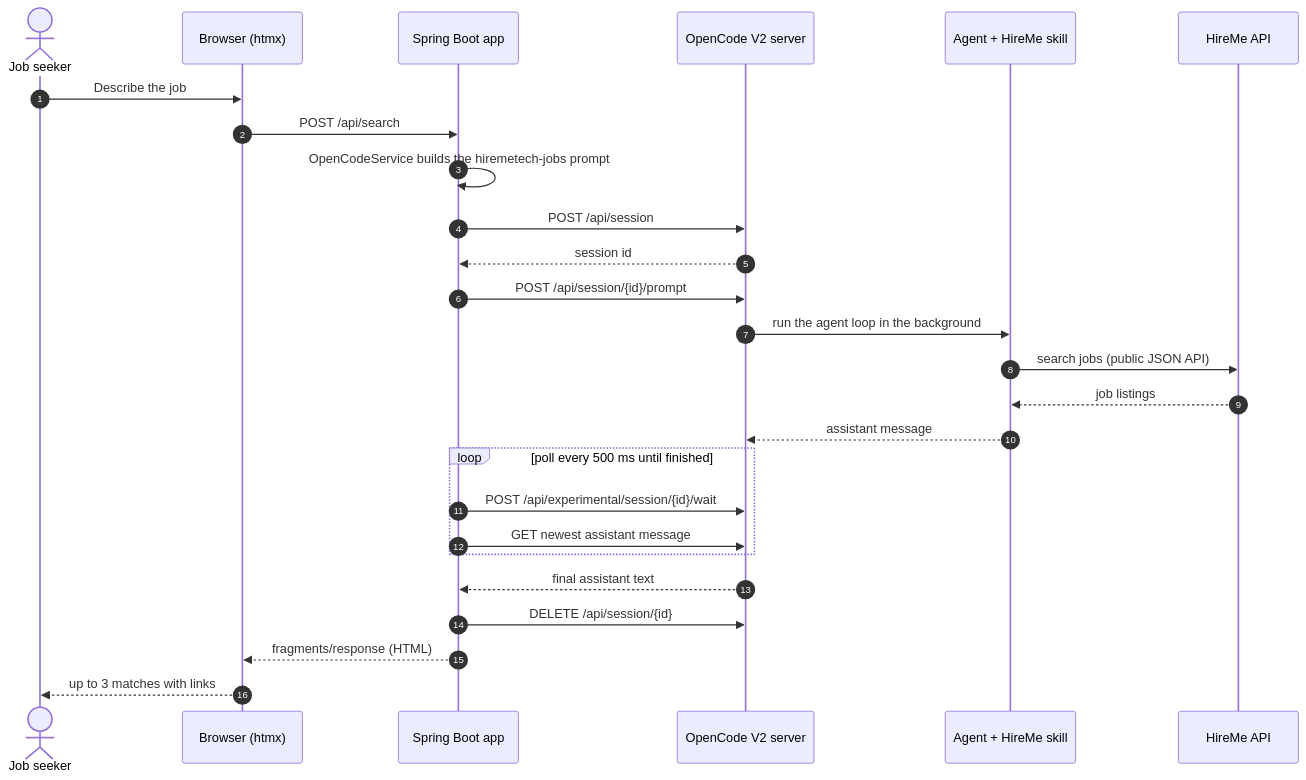
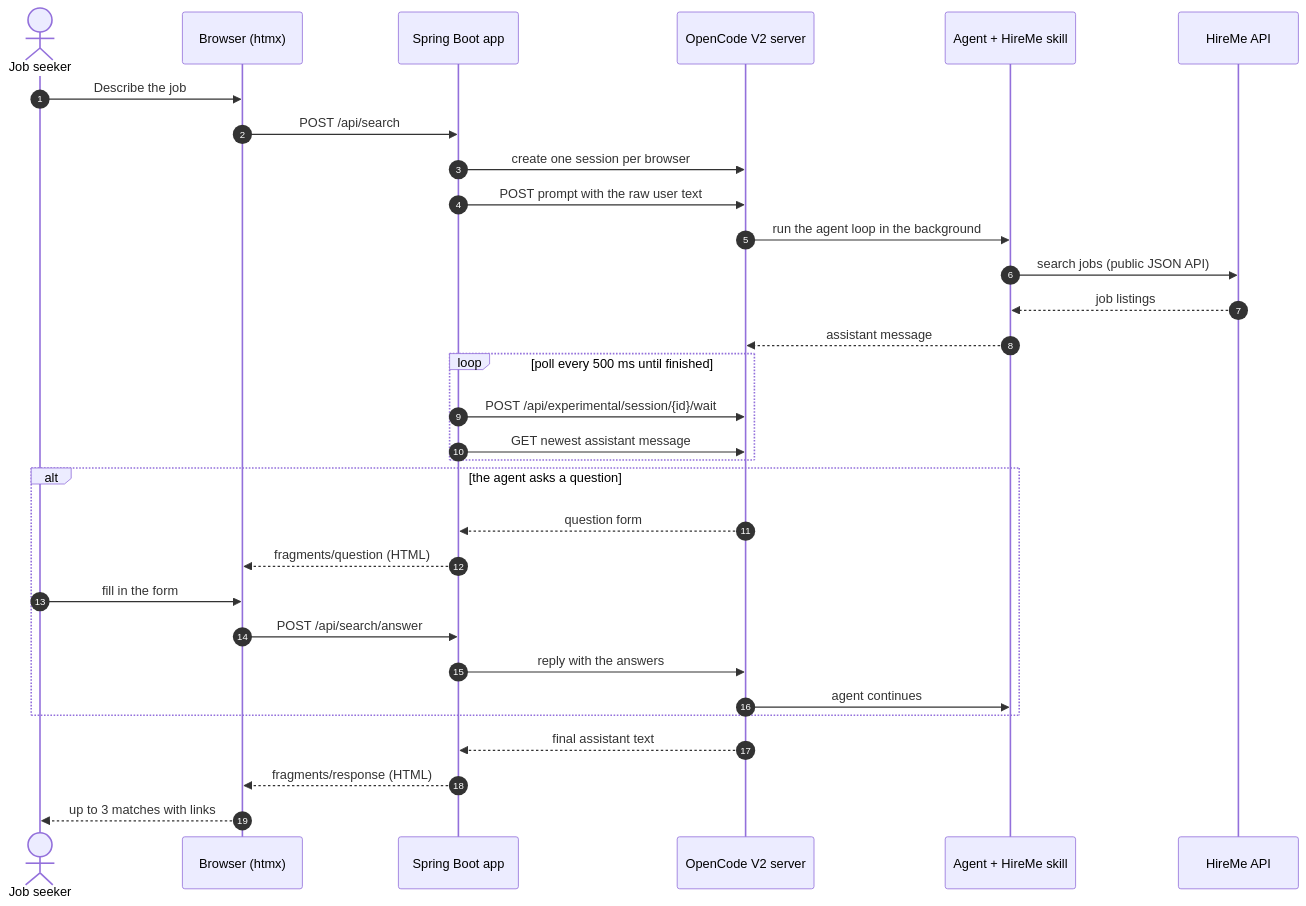
The second of 3 diagrams in README.md (danieliyahu1/keren-job), drawn with Mermaid before and after one commit. The commit also changed other lines of this file and 2 other files, not shown here.

Commit message:
feat: render agent questions in the UI

````diff
--- a/README.md
+++ b/README.md
@@ -59,31 +59,37 @@
 ```mermaid
 sequenceDiagram
     autonumber
     actor U as Job seeker
     participant UI as Browser (htmx)
     participant APP as Spring Boot app
     participant OC as OpenCode V2 server
     participant AG as Agent + HireMe skill
     participant HM as HireMe API
 
     U->>UI: Describe the job
     UI->>APP: POST /api/search
-    APP->>APP: OpenCodeService builds the hiremetech-jobs prompt
-    APP->>OC: POST /api/session
-    OC-->>APP: session id
-    APP->>OC: POST /api/session/{id}/prompt
+    APP->>OC: create one session per browser
+    APP->>OC: POST prompt with the raw user text
     OC->>AG: run the agent loop in the background
     AG->>HM: search jobs (public JSON API)
     HM-->>AG: job listings
     AG-->>OC: assistant message
 
     loop poll every 500 ms until finished
         APP->>OC: POST /api/experimental/session/{id}/wait
         APP->>OC: GET newest assistant message
     end
 
+    alt the agent asks a question
+        OC-->>APP: question form
+        APP-->>UI: fragments/question (HTML)
+        U->>UI: fill in the form
+        UI->>APP: POST /api/search/answer
+        APP->>OC: reply with the answers
+        OC->>AG: agent continues
+    end
+
     OC-->>APP: final assistant text
-    APP->>OC: DELETE /api/session/{id}
     APP-->>UI: fragments/response (HTML)
     UI-->>U: up to 3 matches with links
 ```
````
